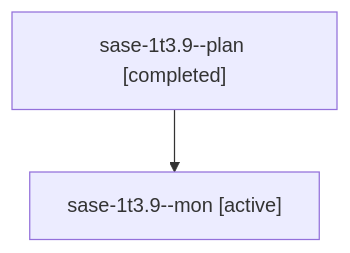
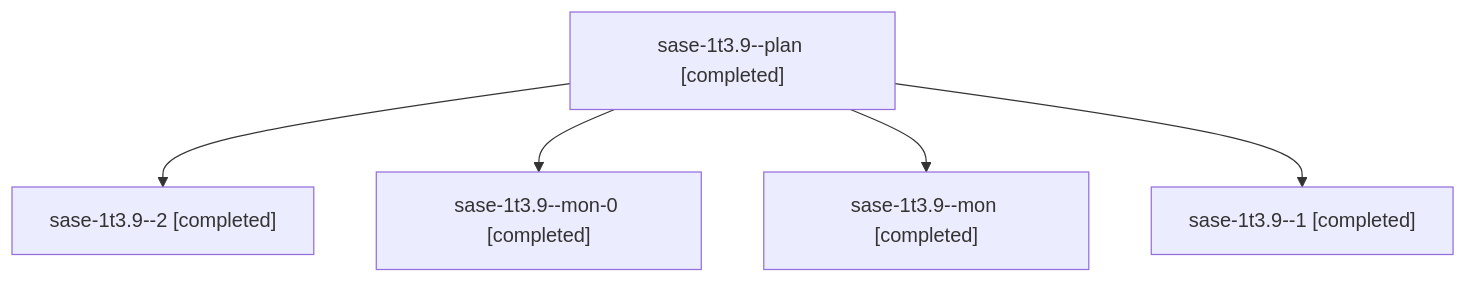
One commit to sase-org/sase--agents changed the diagram in sessions/bbugyi200.athena.sase-1t3.9.md. Above: the diagram before and after it, drawn with Mermaid. The commit also changed other lines of this file and 181 other files, not shown here.

````diff
--- a/sessions/bbugyi200.athena.sase-1t3.9.md
+++ b/sessions/bbugyi200.athena.sase-1t3.9.md
@@ -9,6 +9,12 @@
 ```mermaid
 flowchart TD
   n0["sase-1t3.9--plan [completed]"]
-  n1["sase-1t3.9--mon [active]"]
+  n1["sase-1t3.9--2 [completed]"]
   n0 --> n1
+  n2["sase-1t3.9--mon-0 [completed]"]
+  n0 --> n2
+  n3["sase-1t3.9--mon [completed]"]
+  n0 --> n3
+  n4["sase-1t3.9--1 [completed]"]
+  n0 --> n4
 ```
````
